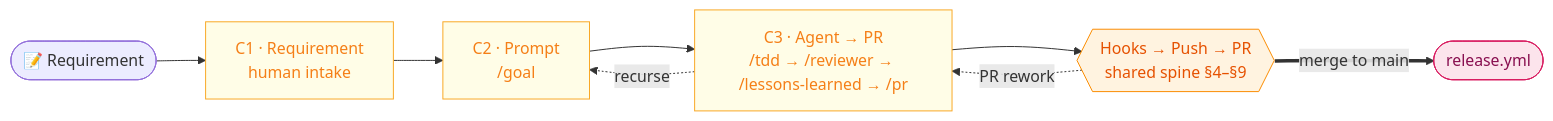
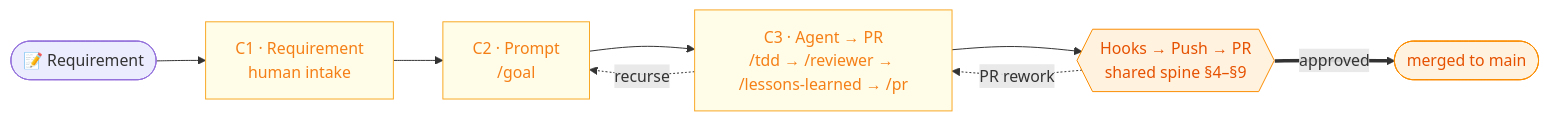
Before and after one commit to stefanstelzer/lean-harness-ai-sdlc: the fourth of 5 diagrams in WORKFLOW.md, drawn with Mermaid. The commit also changed other lines of this file and 21 other files, not shown here.

````diff
--- a/WORKFLOW.md
+++ b/WORKFLOW.md
@@ -294,18 +297,18 @@
 ```mermaid
 flowchart LR
   classDef chg fill:#fffde7,stroke:#f9a825,color:#f57f17;
   classDef gate fill:#fff3e0,stroke:#fb8c00,color:#e65100;
   classDef rel fill:#fce4ec,stroke:#d81b60,color:#880e4f;
 
   req(["📝 Requirement"]) --> C1["C1 · Requirement<br/>human intake"]
   C1 --> C2["C2 · Prompt<br/>/goal"]
   C2 --> C3["C3 · Agent → PR<br/>/tdd → /reviewer → /lessons-learned → /pr"]
   C3 -.->|"recurse"| C2
   C3 --> SPINE{{"Hooks → Push → PR<br/>shared spine §4–§9"}}
   SPINE -.->|"PR rework"| C3
-  SPINE ==>|"merge to main"| REL(["release.yml"])
+  SPINE ==>|"approved"| MG(["merged to main"])
 
   class C1,C2,C3 chg;
   class SPINE gate;
-  class REL rel;
+  class MG gate;
 ```
````
